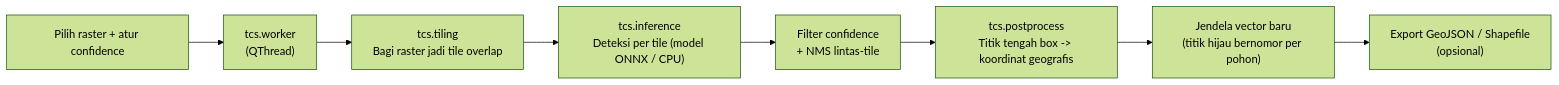
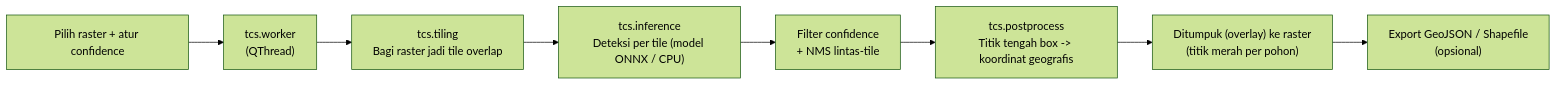
The second of 2 diagrams in README.md (kukuhagushermawan/TCS), drawn with Mermaid (forest theme) before and after one commit. The commit also changed other lines of this file, not shown here.

````diff
--- a/README.md
+++ b/README.md
@@ -159,10 +159,10 @@
 ```mermaid
 flowchart LR
     A["Pilih raster + atur confidence"] --> B["tcs.worker\n(QThread)"]
     B --> C["tcs.tiling\nBagi raster jadi tile overlap"]
     C --> D["tcs.inference\nDeteksi per tile (model ONNX / CPU)"]
     D --> E["Filter confidence\n+ NMS lintas-tile"]
     E --> F["tcs.postprocess\nTitik tengah box -> koordinat geografis"]
-    F --> G["Jendela vector baru\n(titik hijau bernomor per pohon)"]
+    F --> G["Ditumpuk (overlay) ke raster\n(titik merah per pohon)"]
     G --> H["Export GeoJSON / Shapefile\n(opsional)"]
 ```
````
